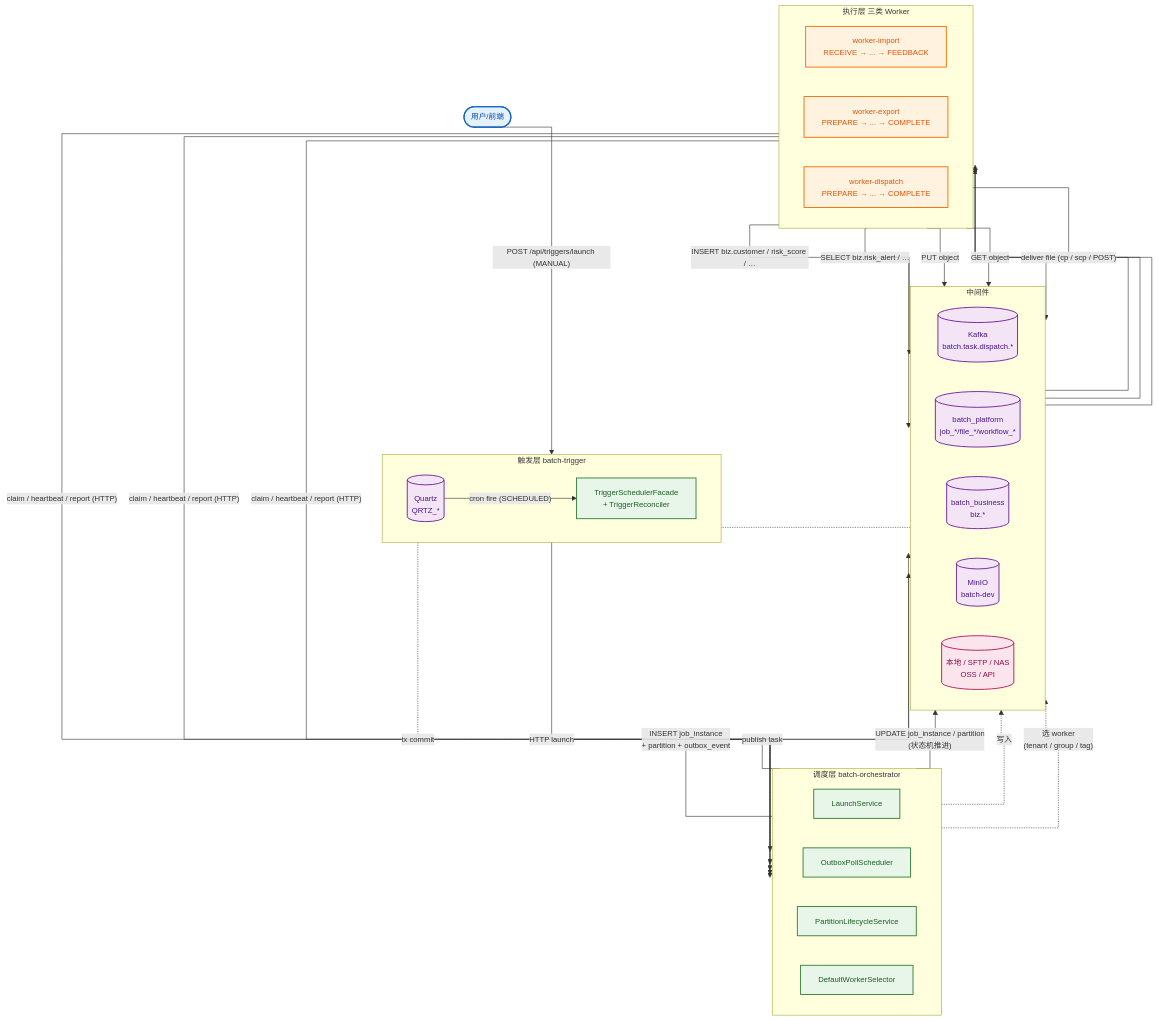
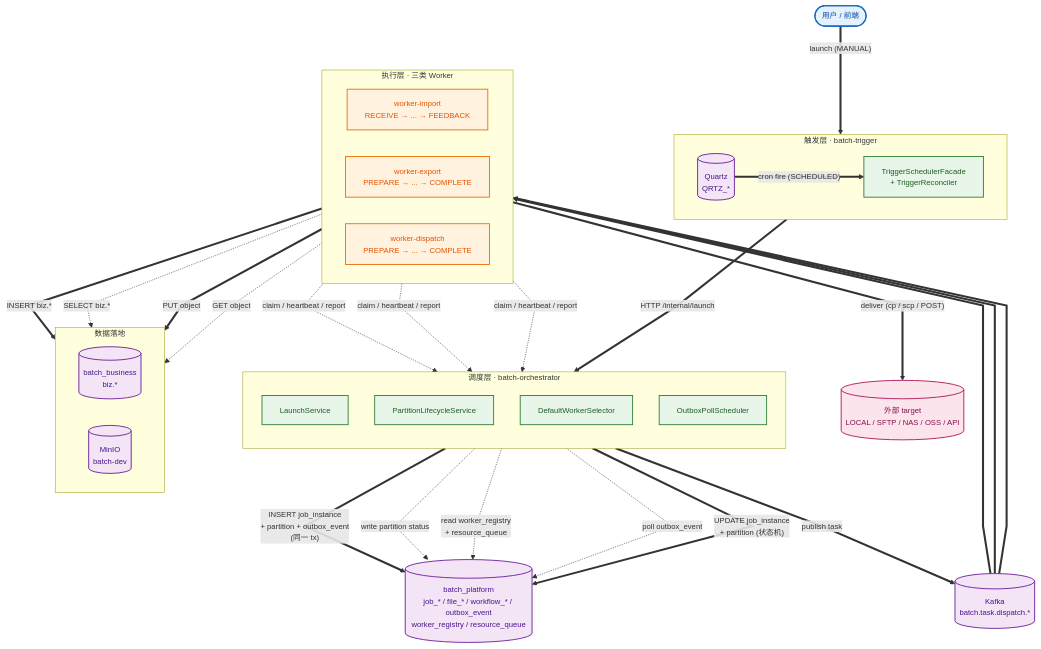
Before and after one commit to pinpols/file-batch-system: the first of 10 diagrams in docs/architecture/system-flow-overview.md, drawn with Mermaid. The commit also changed other lines of this file, not shown here.

Commit message:
docs(architecture): system-flow §1 总览图箭头方向 + 结构修正
之前那版图有 4 处问题，本次重画解决：

1. 箭头方向反了
   - P -. tx commit .-> OUT  错: OutboxPollScheduler 不是被 P 通知，
     是它自己 @Scheduled poll outbox_event
     改为 OUT -. poll outbox_event .-> PDB
   - SEL -. 选 worker .-> P  语义错: SEL 是从 worker_registry/resource_queue
     **读取**做选择，标签改为 read worker_registry + resource_queue
   - PA -. 写入 .-> P  标签太模糊，改为 write partition status

2. 中间件 subgraph 把 5 类完全不同性质的存储混塞
   原来塞 Kafka / batch_platform / batch_business / MinIO / 外部 target 到
   "中间件" 一个 subgraph 里。其中外部 target 根本不是中间件而是最终目的地。
   改成：
   - batch_platform 单独一个节点（紧贴调度层，因为它是元数据库被调度服务读写）
   - Kafka 单独一个节点（消息桥）
   - 数据落地 subgraph: batch_business + MinIO（紧贴执行层产物）
   - 外部 target 独立 FS 节点（执行层最终投递目标）

3. 实线/虚线没区分语义
   引入 mermaid `==>` 粗实线 / `-.->` 虚线两种边样式：
   - 粗实线 = 主数据流 / 写入 / publish (launch / INSERT / publish task / PUT / deliver)
   - 虚线 = 读取 / 上报 / 控制信号 (SELECT / poll / claim/heartbeat/report)
   图首加图例说明。

4. label 简化 + 配色保留
   USER / TR / LS 等节点 label 用双引号包，避开 mermaid linter 的 → 报错。
   subgraph 标题也用引号包以避开 · 中点字符报错。
   curve 从 stepAfter 改 linear（直线，不强制走直角），更适合密集图避免折线打架。

````diff
--- a/docs/architecture/system-flow-overview.md
+++ b/docs/architecture/system-flow-overview.md
@@ -10,71 +12,76 @@
 ```mermaid
-%%{init: {'flowchart': {'curve': 'stepAfter', 'nodeSpacing': 50, 'rankSpacing': 60, 'htmlLabels': true}, 'themeVariables': {'fontSize': '13px'}}}%%
+%%{init: {'flowchart': {'curve': 'linear', 'nodeSpacing': 45, 'rankSpacing': 55, 'htmlLabels': true}, 'themeVariables': {'fontSize': '13px'}}}%%
 flowchart TB
-  USER([用户/前端]):::user
+  USER([用户 / 前端]):::user
 
-  subgraph 触发层 [触发层 batch-trigger]
+  subgraph TRIG ["触发层 · batch-trigger"]
     direction LR
-    Q[(Quartz<br/>QRTZ_*)]:::store
-    T[TriggerSchedulerFacade<br/>+ TriggerReconciler]:::svc
+    QZ[(Quartz<br/>QRTZ_*)]:::store
+    TR["TriggerSchedulerFacade<br/>+ TriggerReconciler"]:::svc
   end
 
-  subgraph 调度层 [调度层 batch-orchestrator]
-    direction LR
+  subgraph SCH ["调度层 · batch-orchestrator"]
+    direction TB
     LS[LaunchService]:::svc
-    OUT[OutboxPollScheduler]:::svc
     PA[PartitionLifecycleService]:::svc
     SEL[DefaultWorkerSelector]:::svc
+    OUT[OutboxPollScheduler]:::svc
   end
 
-  subgraph 中间件 [中间件]
-    direction LR
-    K[(Kafka<br/>batch.task.dispatch.*)]:::store
-    P[(batch_platform<br/>job_*/file_*/workflow_*)]:::store
-    BIZ[(batch_business<br/>biz.*)]:::store
-    M[(MinIO<br/>batch-dev)]:::store
-    FS[(本地 / SFTP / NAS<br/>OSS / API)]:::extern
-  end
+  PDB[("batch_platform<br/>job_* / file_* / workflow_* / outbox_event<br/>worker_registry / resource_queue")]:::store
 
-  subgraph 执行层 [执行层 三类 Worker]
+  K[("Kafka<br/>batch.task.dispatch.*")]:::store
+
+  subgraph WORKERS ["执行层 · 三类 Worker"]
     direction LR
     WI["worker-import<br/>RECEIVE → ... → FEEDBACK"]:::worker
     WE["worker-export<br/>PREPARE → ... → COMPLETE"]:::worker
     WD["worker-dispatch<br/>PREPARE → ... → COMPLETE"]:::worker
   end
 
-  %% ── 触发链路 ───────────────────────────
-  USER -- "POST /api/triggers/launch (MANUAL)" --> T
-  Q    -- "cron fire (SCHEDULED)"             --> T
-  T    -- "HTTP launch"                       --> LS
+  subgraph DATA [数据落地]
+    direction LR
+    BIZ[("batch_business<br/>biz.*")]:::store
+    M[("MinIO<br/>batch-dev")]:::store
+  end
 
-  %% ── 调度落库 + 出 outbox ────────────────
-  LS  -- "INSERT job_instance<br/>+ partition + outbox_event"     --> P
-  P   -. "tx commit"                                              .-> OUT
-  OUT -- "publish task"                                           --> K
+  FS[("外部 target<br/>LOCAL / SFTP / NAS / OSS / API")]:::extern
 
-  %% ── Kafka 分发到 worker ─────────────────
-  K --> WI
-  K --> WE
-  K --> WD
+  %% ─── 触发链路（粗实线 = 主流程） ─────────────────
+  USER ==>|"launch (MANUAL)"| TR
+  QZ   ==>|"cron fire (SCHEDULED)"| TR
+  TR   ==>|"HTTP /internal/launch"| LS
 
-  %% ── Worker 上报与状态推进 ───────────────
-  WI -- "claim / heartbeat / report (HTTP)" --> LS
-  WE -- "claim / heartbeat / report (HTTP)" --> LS
-  WD -- "claim / heartbeat / report (HTTP)" --> LS
-  LS -- "UPDATE job_instance / partition<br/>(状态机推进)" --> P
-  PA -. "写入" .-> P
-  SEL -. "选 worker<br/>(tenant / group / tag)" .-> P
+  %% ─── 调度写库（粗实线） ─────────────────────────
+  LS ==>|"INSERT job_instance<br/>+ partition + outbox_event<br/>(同一 tx)"| PDB
 
-  %% ── Worker 数据落地 ─────────────────────
-  WI -- "INSERT biz.customer / risk_score / …" --> BIZ
-  WE -- "SELECT biz.risk_alert / …"            --> BIZ
-  WE -- "PUT object"                            --> M
-  WD -- "GET object"                            --> M
-  WD -- "deliver file (cp / scp / POST)"        --> FS
+  %% ─── orchestrator 内部读 / 写 PDB（虚线 = 控制） ──
+  PA  -. "write partition status" .-> PDB
+  SEL -. "read worker_registry<br/>+ resource_queue" .-> PDB
+  OUT -. "poll outbox_event" .-> PDB
+
+  %% ─── outbox → Kafka → workers（粗实线 = 消息流） ──
+  OUT ==>|"publish task"| K
+  K ==> WI
+  K ==> WE
+  K ==> WD
+
+  %% ─── worker 上报回 LS（虚线 = 控制信号） ────────
+  WI -. "claim / heartbeat / report" .-> LS
+  WE -. "claim / heartbeat / report" .-> LS
+  WD -. "claim / heartbeat / report" .-> LS
+  LS ==>|"UPDATE job_instance<br/>+ partition (状态机)"| PDB
+
+  %% ─── worker 数据落地（写 = 粗实线，读 = 虚线） ──
+  WI ==>|"INSERT biz.*"| BIZ
+  WE -. "SELECT biz.*" .-> BIZ
+  WE ==>|"PUT object"| M
+  WD -. "GET object" .-> M
+  WD ==>|"deliver (cp / scp / POST)"| FS
 
   classDef user    fill:#e3f2fd,stroke:#1565c0,stroke-width:2px,color:#0d47a1;
   classDef svc     fill:#e8f5e9,stroke:#2e7d32,stroke-width:1.5px,color:#1b5e20;
   classDef worker  fill:#fff3e0,stroke:#ef6c00,stroke-width:1.5px,color:#e65100;
   classDef store   fill:#f3e5f5,stroke:#6a1b9a,stroke-width:1.5px,color:#4a148c;
   classDef extern  fill:#fce4ec,stroke:#ad1457,stroke-width:1.5px,color:#880e4f;
 ```
````
